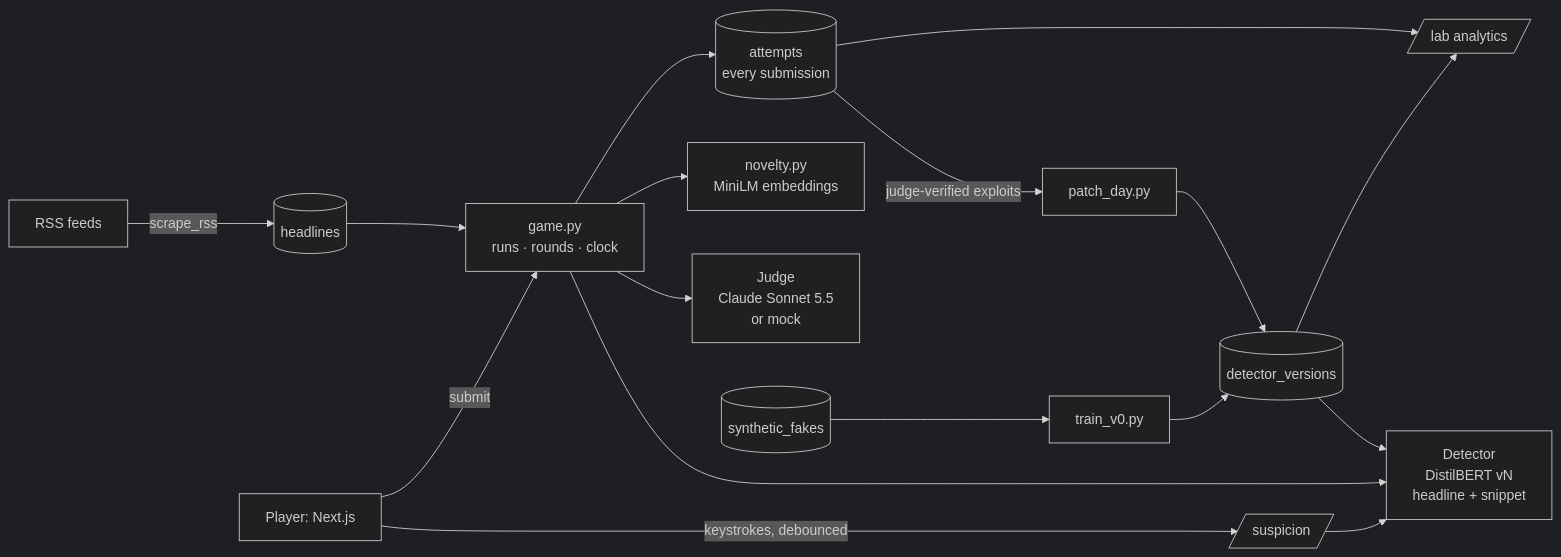
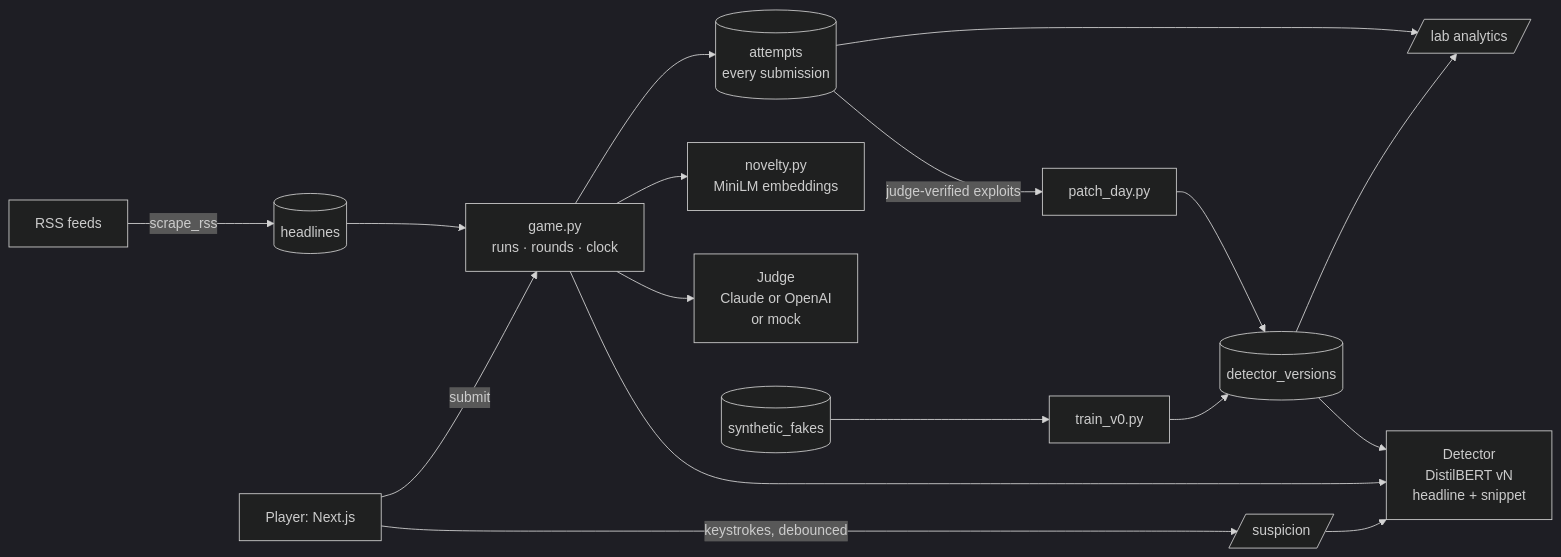
Before and after one commit to CrolineCrois/Stockdle: the diagram in README.md, drawn with Mermaid (dark theme). The commit also changed other lines of this file and 13 other files, not shown here.

First line of the commit message:
Add OpenAI as an alternative judge and fake-writer provider

````diff
--- a/README.md
+++ b/README.md
@@ -112,19 +117,19 @@
 ```mermaid
 flowchart LR
   RSS[RSS feeds] -->|scrape_rss| H[(headlines)]
   H --> G[game.py<br/>runs · rounds · clock]
   P[Player: Next.js] -->|keystrokes, debounced| M[/suspicion/]
   M --> D[Detector<br/>DistilBERT vN<br/>headline + snippet]
   P -->|submit| G
   G --> D
-  G --> J[Judge<br/>Claude Sonnet 5.5<br/>or mock]
+  G --> J[Judge<br/>Claude or OpenAI<br/>or mock]
   G --> N[novelty.py<br/>MiniLM embeddings]
   G --> A[(attempts<br/>every submission)]
   A -->|judge-verified exploits| PD[patch_day.py]
   F[(synthetic_fakes)] --> V0[train_v0.py]
   V0 --> DV[(detector_versions)]
   PD --> DV
   DV --> D
   A --> L[/lab analytics/]
   DV --> L
 ```
````
